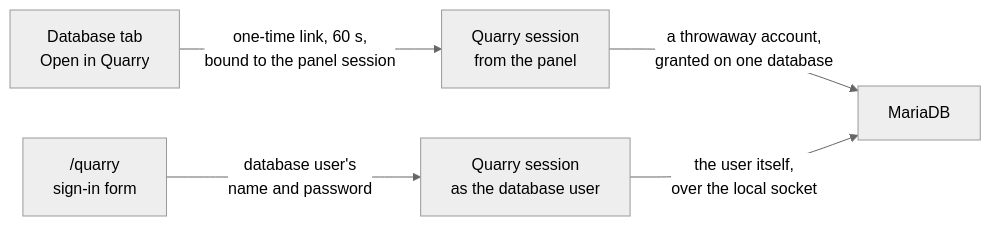
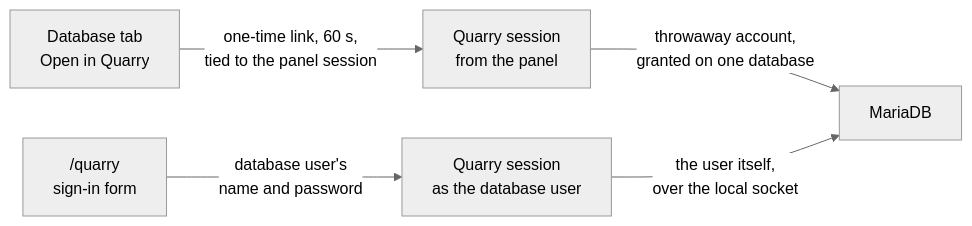
The diagram in i18n/en/docusaurus-plugin-content-docs/current/explanation/quarry.mdx (cloudground-it/cloudground-docs), drawn with Mermaid (neutral theme) before and after one commit. The commit also changed other lines of this file and 21 other files, not shown here.

````diff
--- a/i18n/en/docusaurus-plugin-content-docs/current/explanation/quarry.mdx
+++ b/i18n/en/docusaurus-plugin-content-docs/current/explanation/quarry.mdx
@@ -18,7 +18,7 @@
 ```mermaid
 flowchart LR
-  tab["Database tab<br/>Open in Quarry"] -->|"one-time link, 60 s,<br/>bound to the panel session"| panel["Quarry session<br/>from the panel"]
+  tab["Database tab<br/>Open in Quarry"] -->|"one-time link, 60 s,<br/>tied to the panel session"| panel["Quarry session<br/>from the panel"]
   form["/quarry<br/>sign-in form"] -->|"database user's<br/>name and password"| login["Quarry session<br/>as the database user"]
-  panel -->|"a throwaway account,<br/>granted on one database"| mariadb["MariaDB"]
+  panel -->|"throwaway account,<br/>granted on one database"| mariadb["MariaDB"]
   login -->|"the user itself,<br/>over the local socket"| mariadb
 ```
````
